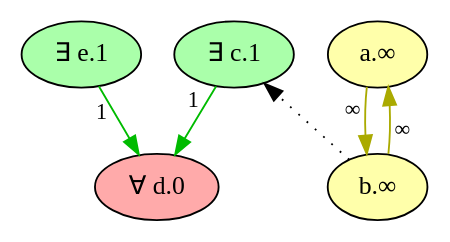
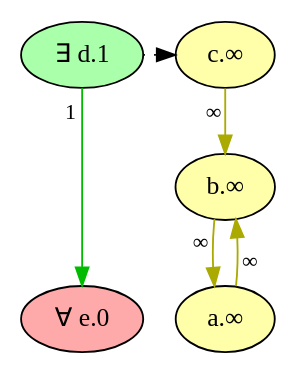
One commit to idaks/Games-and-Argumentation changed the diagram in Refactor/imgs/wm_graph_bl_2/unfactored_game_wfs.dot. Above: the diagram before and after it, drawn with Graphviz. The commit also changed 85 other files, not shown here.

```diff
--- a/Refactor/imgs/wm_graph_bl_2/unfactored_game_wfs.dot
+++ b/Refactor/imgs/wm_graph_bl_2/unfactored_game_wfs.dot
@@ -1,16 +1,16 @@
 digraph {
     // Node defaults can be set here if needed
-    "d" [style="filled" fillcolor="#FFAAAA" label="∀ d.0" fontsize=14]
-    "e" [style="filled" fillcolor="#AAFFAA" label="∃ e.1" fontsize=14]
-    "c" [style="filled" fillcolor="#AAFFAA" label="∃ c.1" fontsize=14]
+    "e" [style="filled" fillcolor="#FFAAAA" label="∀ e.0" fontsize=14]
+    "d" [style="filled" fillcolor="#AAFFAA" label="∃ d.1" fontsize=14]
+    "b" [style="filled" fillcolor="#FFFFAA" label="b.∞" fontsize=14]
     "a" [style="filled" fillcolor="#FFFFAA" label="a.∞" fontsize=14]
-    "b" [style="filled" fillcolor="#FFFFAA" label="b.∞" fontsize=14]
+    "c" [style="filled" fillcolor="#FFFFAA" label="c.∞" fontsize=14]
     edge[labeldistance=1.5 fontsize=12]
+    "b" -> "a" [color="#AAAA00" style="solid" dir="forward" taillabel="∞" ]
     "a" -> "b" [color="#AAAA00" style="solid" dir="forward" taillabel="∞" ]
-    "b" -> "a" [color="#AAAA00" style="solid" dir="forward" taillabel="∞" ]
-    "b" -> "c" [color="black" style="dotted" dir="forward" taillabel="" constraint=false]
-    "c" -> "d" [color="#00BB00" style="solid" dir="forward" taillabel="1" ]
-    "e" -> "d" [color="#00BB00" style="solid" dir="forward" taillabel="1" ]
-    {rank = max d}
-    {rank = min e c}
+    "c" -> "b" [color="#AAAA00" style="solid" dir="forward" taillabel="∞" ]
+    "d" -> "c" [color="black" style="dotted" dir="forward" taillabel="" constraint=false]
+    "d" -> "e" [color="#00BB00" style="solid" dir="forward" taillabel="1" ]
+    {rank = max e}
+    {rank = min d}
 }
```
